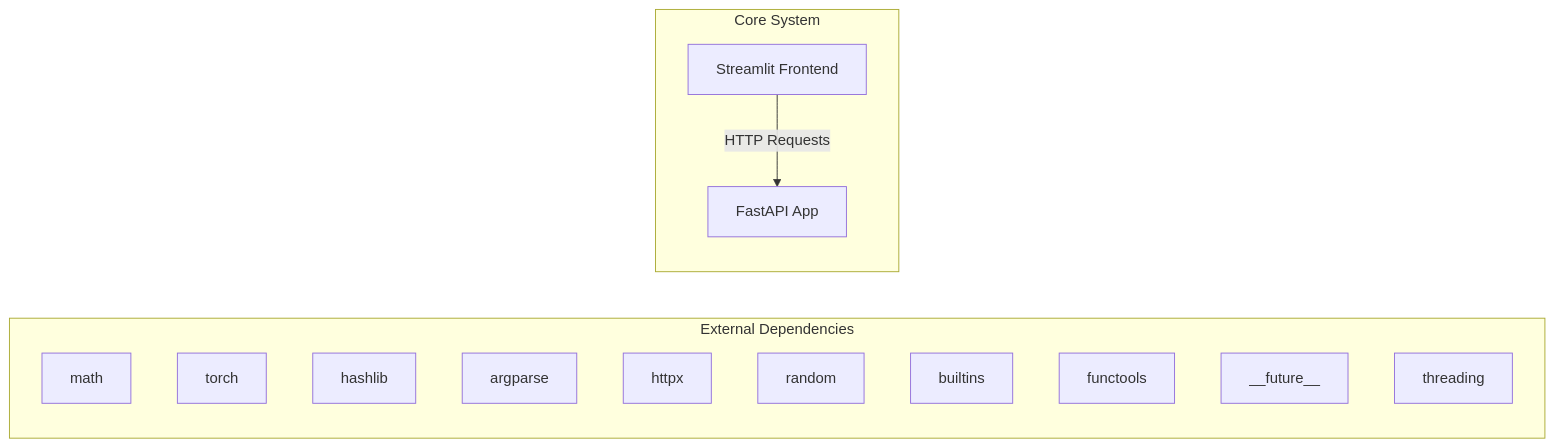
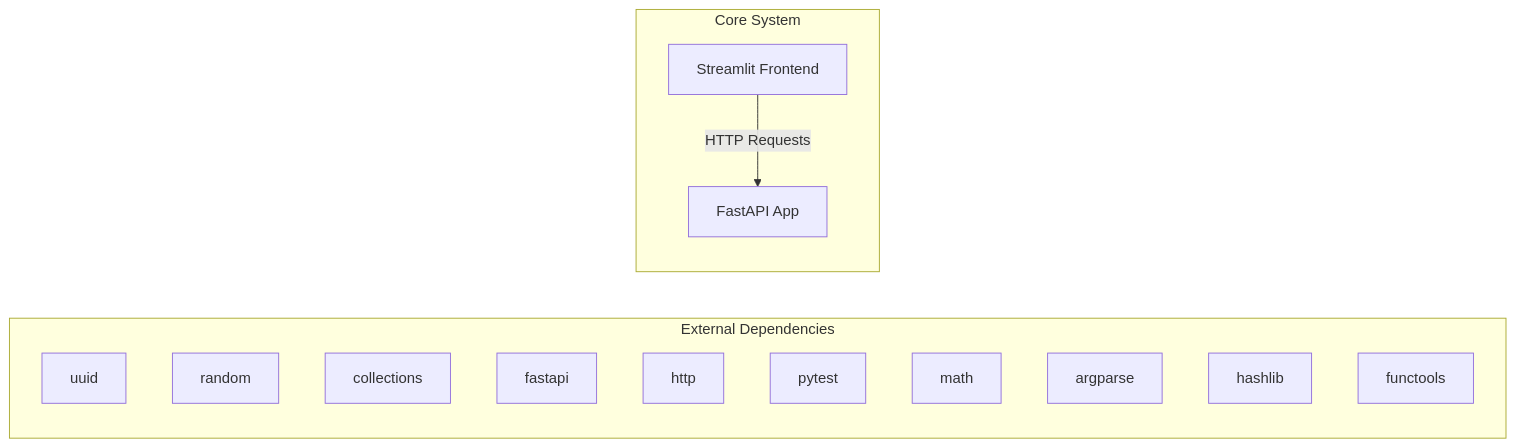
The first of 2 diagrams in docs/architecture.md (NITISH-R-G/rag-context-optimizer), drawn with Mermaid before and after one commit. The commit also changed 1 other file, not shown here.

Commit message:
docs: auto-update repository knowledge, architecture diagrams, and documentation

````diff
--- a/docs/architecture.md
+++ b/docs/architecture.md
@@ -7,20 +7,20 @@
 ```mermaid
 graph LR
     subgraph External Dependencies
-        E0["math"]
-        E1["torch"]
-        E2["hashlib"]
-        E3["argparse"]
-        E4["httpx"]
-        E5["random"]
-        E6["builtins"]
-        E7["functools"]
-        E8["__future__"]
-        E9["threading"]
+        E0["uuid"]
+        E1["random"]
+        E2["collections"]
+        E3["fastapi"]
+        E4["http"]
+        E5["pytest"]
+        E6["math"]
+        E7["argparse"]
+        E8["hashlib"]
+        E9["functools"]
     end
     subgraph Core System
         API["FastAPI App"]
         UI["Streamlit Frontend"]
     end
     UI -->|HTTP Requests| API
 ```
````
